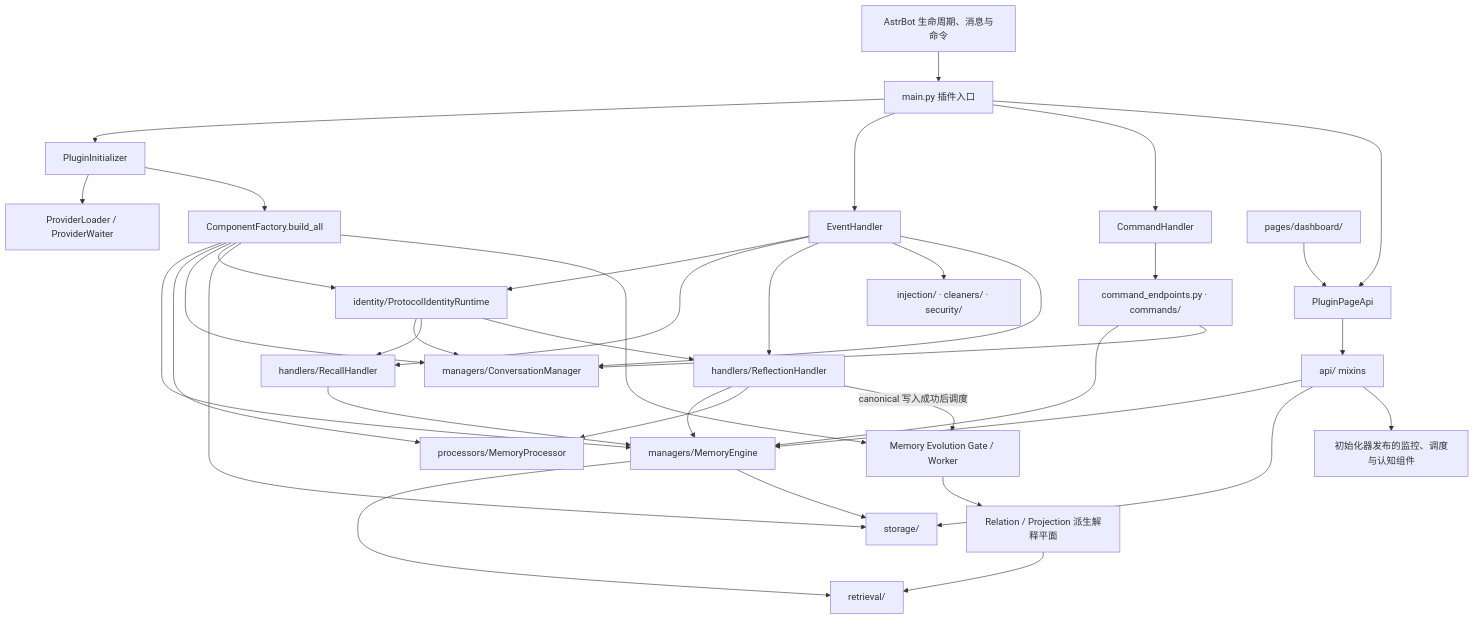
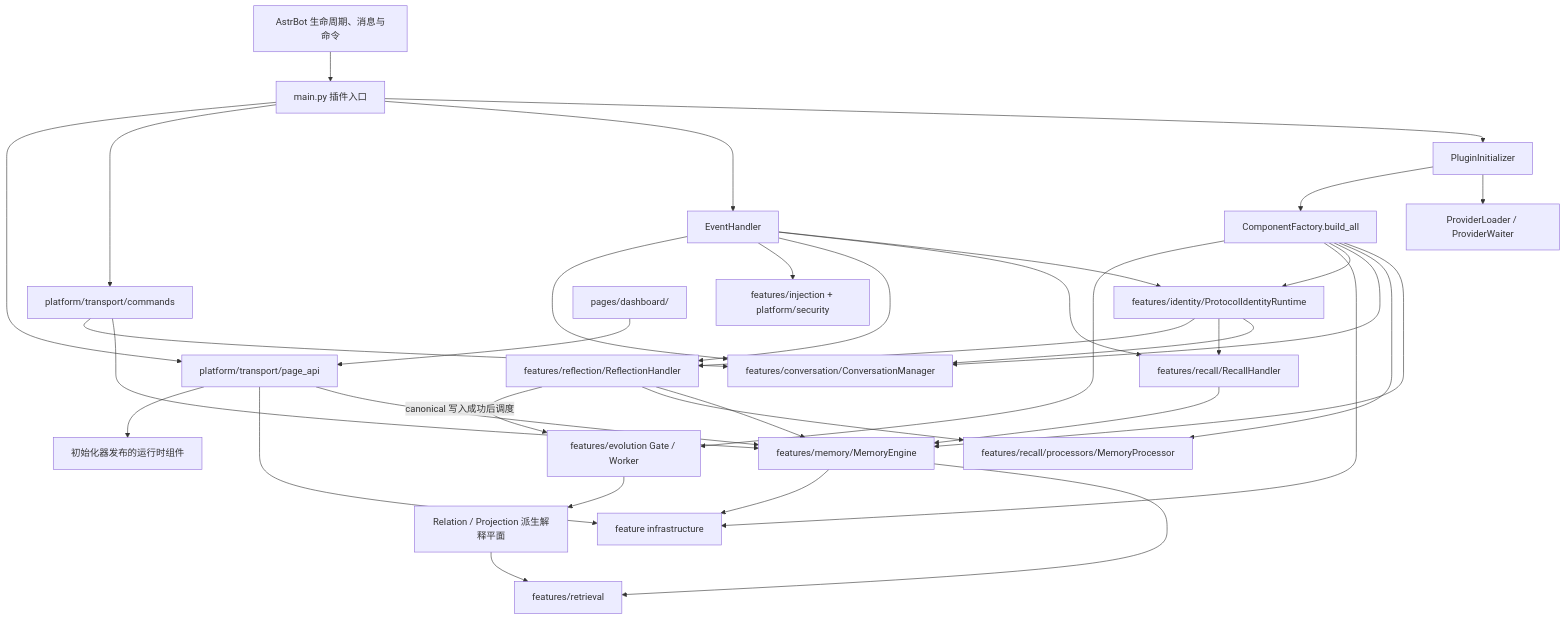
One commit to INSide-734/astrbot_plugin_memora changed the diagram in core/AGENTS.md. Above: the diagram before and after it, drawn with Mermaid. The commit also changed other lines of this file and 163 other files, not shown here.

````diff
--- a/core/AGENTS.md
+++ b/core/AGENTS.md
@@ -47,44 +47,42 @@
 ```mermaid
 flowchart TD
     AstrBot[AstrBot 生命周期、消息与命令] --> Main[main.py 插件入口]
     Main --> Init[PluginInitializer]
     Init --> Providers[ProviderLoader / ProviderWaiter]
     Init --> Factory[ComponentFactory.build_all]
-    Factory --> Engine[managers/MemoryEngine]
-    Factory --> Processor[processors/MemoryProcessor]
-    Factory --> Conversation[managers/ConversationManager]
-    Factory --> Identity[identity/ProtocolIdentityRuntime]
-    Factory --> Stores[storage/]
-    Factory --> Evolution[Memory Evolution Gate / Worker]
+    Factory --> Engine[features/memory/MemoryEngine]
+    Factory --> Processor[features/recall/processors/MemoryProcessor]
+    Factory --> Conversation[features/conversation/ConversationManager]
+    Factory --> Identity[features/identity/ProtocolIdentityRuntime]
+    Factory --> Stores[feature infrastructure]
+    Factory --> Evolution[features/evolution Gate / Worker]
 
     Main --> Events[EventHandler]
     Events --> Identity
     Identity --> Conversation
     Identity --> Recall
     Identity --> Reflection
-    Events --> Recall[handlers/RecallHandler]
-    Events --> Reflection[handlers/ReflectionHandler]
-    Events --> Injection[injection/ · cleaners/ · security/]
+    Events --> Recall[features/recall/RecallHandler]
+    Events --> Reflection[features/reflection/ReflectionHandler]
+    Events --> Injection[features/injection + platform/security]
     Recall --> Engine
     Reflection --> Engine
     Reflection --> Processor
     Events --> Conversation
     Reflection -->|canonical 写入成功后调度| Evolution
 
-    Main --> Commands[CommandHandler]
-    Commands --> Endpoints[command_endpoints.py · commands/]
-    Endpoints --> Engine
-    Endpoints --> Conversation
+    Main --> Commands[platform/transport/commands]
+    Commands --> Engine
+    Commands --> Conversation
 
-    Dashboard[pages/dashboard/] --> Page[PluginPageApi]
+    Dashboard[pages/dashboard/] --> Page[platform/transport/page_api]
     Main --> Page
-    Page --> ApiMixins[api/ mixins]
-    ApiMixins --> Engine
-    ApiMixins --> Stores
-    ApiMixins --> Runtime[初始化器发布的监控、调度与认知组件]
+    Page --> Engine
+    Page --> Stores
+    Page --> Runtime[初始化器发布的运行时组件]
 
-    Engine --> Retrieval[retrieval/]
+    Engine --> Retrieval[features/retrieval]
     Engine --> Stores
     Evolution --> Derived[Relation / Projection 派生解释平面]
     Derived --> Retrieval
 ```
````
